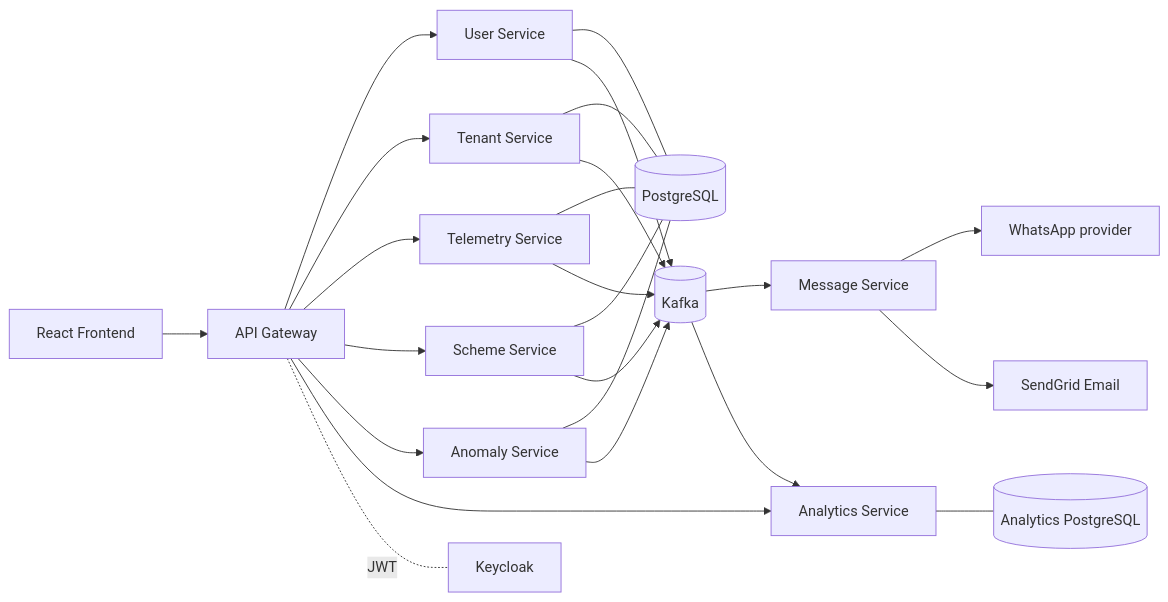
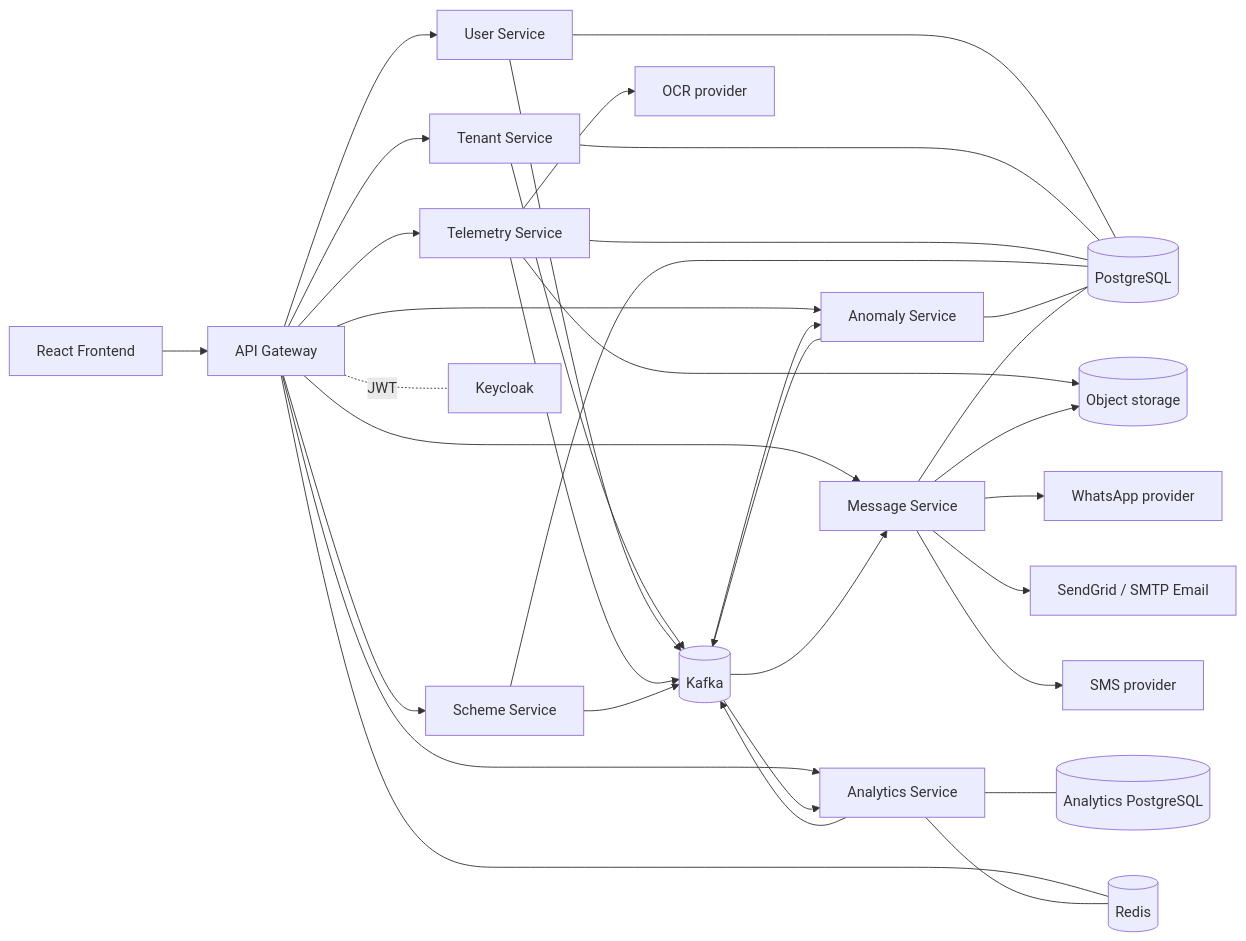
The second of 2 diagrams in gitbook/technical-architecture.md (arghyam/JalSoochak), drawn with Mermaid before and after one commit. The commit also changed other lines of this file and 13 other files, not shown here.

````diff
--- a/gitbook/technical-architecture.md
+++ b/gitbook/technical-architecture.md
@@ -106,26 +112,36 @@
 ```mermaid
 graph LR
     FE[React Frontend] --> GW[API Gateway]
     GW --> US[User Service]
     GW --> TN[Tenant Service]
     GW --> TE[Telemetry Service]
     GW --> SC[Scheme Service]
     GW --> AN[Anomaly Service]
     GW --> AL[Analytics Service]
+    GW --> MS[Message Service]
+    GW --- RD[(Redis)]
     US --- DB[(PostgreSQL)]
     TN --- DB
     TE --- DB
     SC --- DB
     AN --- DB
+    MS --- DB
     TN --> KA[(Kafka)]
     US --> KA
     TE --> KA
     SC --> KA
     AN --> KA
-    KA --> MS[Message Service]
+    AL --> KA
+    KA --> MS
     KA --> AL
+    KA --> AN
     AL --- DW[(Analytics PostgreSQL)]
+    AL --- RD
+    TE --> OCR[OCR provider]
+    TE --> OBJ[(Object storage)]
+    MS --> OBJ
     MS --> WA[WhatsApp provider]
-    MS --> SG[SendGrid Email]
+    MS --> SG[SendGrid / SMTP Email]
+    MS --> SMS[SMS provider]
     GW -. JWT .- KC[Keycloak]
 ```
````
